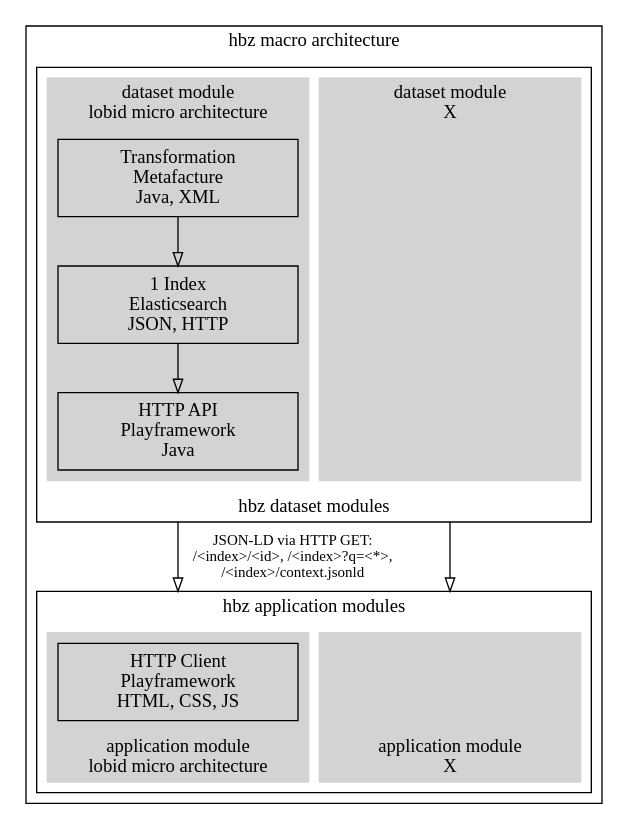
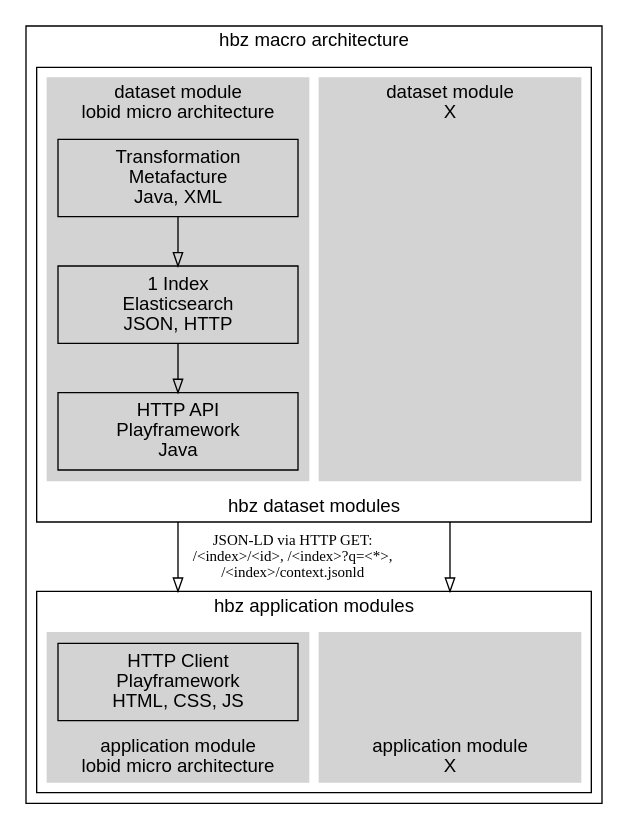
The diagram in figures/lobid-micro.dot (hbz/hbz.github.com), drawn with Graphviz before and after one commit. The commit also changed 7 other files, not shown here.

```diff
--- a/figures/lobid-micro.dot
+++ b/figures/lobid-micro.dot
@@ -1,50 +1,50 @@
 digraph lobid_modules{
-	node[shape=box width=2.5 height=0.8 style=solid label=""]//fontname=helvetica
-	edge[arrowhead=empty arrowtail=empty] //fontname=helvetica
-	graph[compound=true] //fontname=helvetica
+	node[shape=box width=2.5 height=0.8 style=solid label="" fontname=helvetica]
+	edge[arrowhead=empty arrowtail=empty fontname=helvetica]
+	graph[compound=true fontname=helvetica]
 	subgraph cluster_macro{
 		label="hbz macro architecture"
 		subgraph cluster_datasets {
 			label="hbz dataset modules"
 			labelloc=b
 			subgraph cluster_dataset {
 				label="dataset module\nlobid micro architecture"
 				labelloc=t
 				style=filled
 				color=lightgrey
 				transformation[label="Transformation\nMetafacture\nJava, XML"]
 				index[label="1 Index\nElasticsearch\nJSON, HTTP"]
 				api[label="HTTP API\nPlayframework\nJava"]
 				transformation->index[label=""]
 				index->api[ label=""]
 			}
 			subgraph cluster_dataset_x {
 				label="dataset module\n X" 
 				labelloc=t
 				style=filled
 				color=lightgrey
 				node[shape=none]
 				t->i->api_x[style=invis]
 			}
 		}
 		subgraph cluster_applications {
 			label="hbz application modules"
 			subgraph cluster_application {
 				label="application module\nlobid micro architecture"
 				labelloc=b
 				style=filled
 				color=lightgrey
 				client[label="HTTP Client\nPlayframework\nHTML, CSS, JS"]
 				api->client[fontname="anonymous" fontsize=11.25  label=" JSON-LD via HTTP GET:\n /<index>/<id>, /<index>?q=<*>,\n /<index>/context.jsonld" lhead="cluster_applications" ltail="cluster_datasets"]
 			}
 			subgraph cluster_application_x {
 				label="application module\n X"
 				labelloc=b
 				style=filled
 				color=lightgrey
 				node[shape=none]
 				api_x->client_x[ lhead="cluster_applications" ltail="cluster_datasets"]
 			}
 		}
 	}
 }
```
